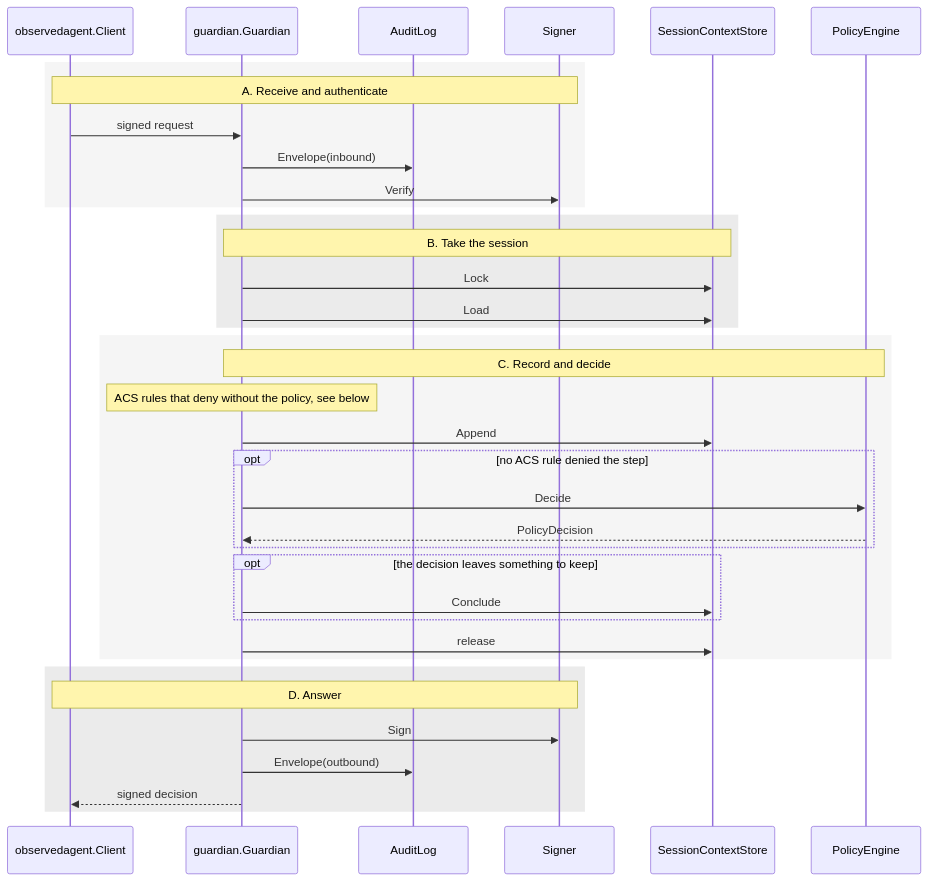
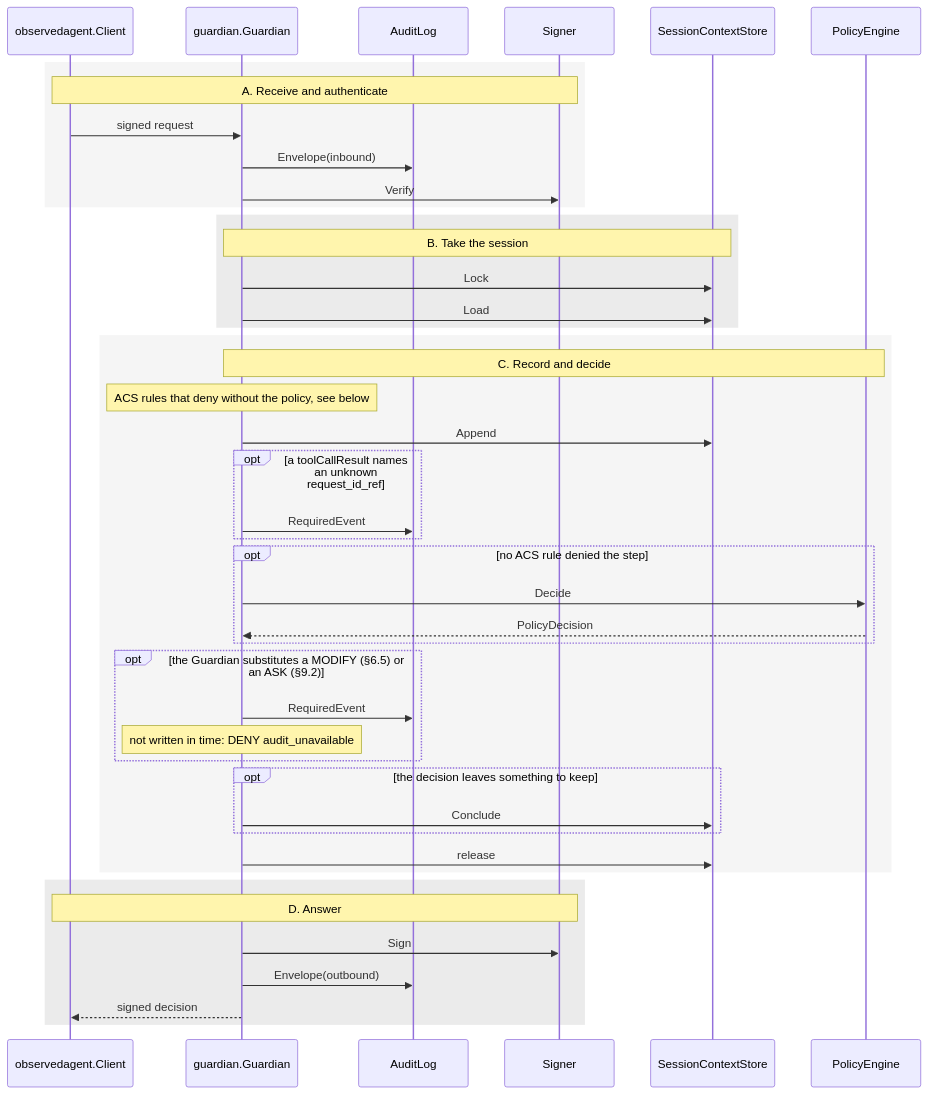
One commit to GenAI-Security-Project/agent-control-standard changed the fourth of 8 diagrams in reference-implementations/agt-go/docs/architecture.md. Above: the diagram before and after it, drawn with Mermaid. The commit also changed other lines of this file and 23 other files, not shown here.

````diff
--- a/reference-implementations/agt-go/docs/architecture.md
+++ b/reference-implementations/agt-go/docs/architecture.md
@@ -118,39 +118,46 @@
 ```mermaid
 sequenceDiagram
     participant OA as observedagent.Client
     participant G as guardian.Guardian
     participant AL as AuditLog
     participant S as Signer
     participant SC as SessionContextStore
     participant PE as PolicyEngine
     rect rgba(128, 128, 128, 0.08)
     Note over OA,S: A. Receive and authenticate
     OA->>G: signed request
     G->>AL: Envelope(inbound)
     G->>S: Verify
     end
     rect rgba(128, 128, 128, 0.16)
     Note over G,SC: B. Take the session
     G->>SC: Lock
     G->>SC: Load
     end
     rect rgba(128, 128, 128, 0.08)
     Note over G,PE: C. Record and decide
     Note over G: ACS rules that deny without the policy, see below
     G->>SC: Append
+    opt a toolCallResult names an unknown request_id_ref
+        G->>AL: RequiredEvent
+    end
     opt no ACS rule denied the step
         G->>PE: Decide
         PE-->>G: PolicyDecision
+    end
+    opt the Guardian substitutes a MODIFY (§6.5) or an ASK (§9.2)
+        G->>AL: RequiredEvent
+        Note over G: not written in time: DENY audit_unavailable
     end
     opt the decision leaves something to keep
         G->>SC: Conclude
     end
     G->>SC: release
     end
     rect rgba(128, 128, 128, 0.16)
     Note over OA,S: D. Answer
     G->>S: Sign
     G->>AL: Envelope(outbound)
     G-->>OA: signed decision
     end
 ```
````
